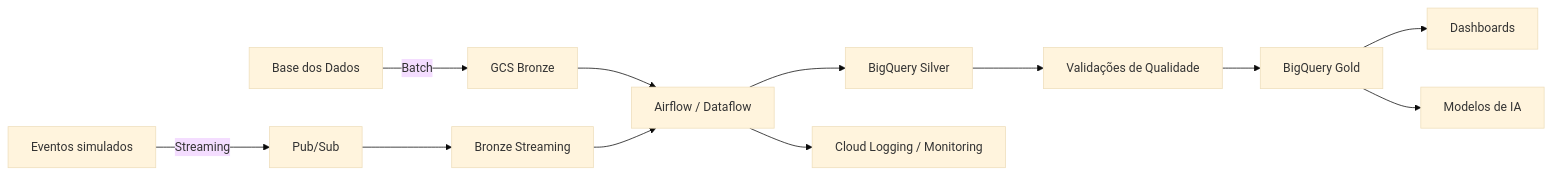
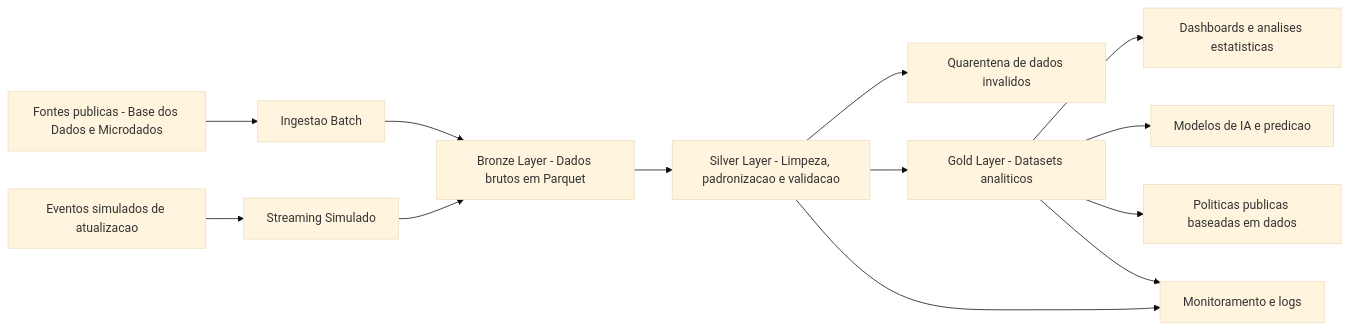
Before and after one commit to EdsonDoro/TechChallenge-Fase2: the diagram in README.md, drawn with Mermaid (base theme). The commit also changed other lines of this file, not shown here.

````diff
--- a/README.md
+++ b/README.md
@@ -30,14 +86,19 @@
 ```mermaid
 flowchart LR
-A[Base dos Dados] -->|Batch| B[GCS Bronze]
-C[Eventos simulados] -->|Streaming| D[Pub/Sub]
-D --> E[Bronze Streaming]
-B --> F[Airflow / Dataflow]
-E --> F
-F --> G[BigQuery Silver]
-G --> H[Validações de Qualidade]
-H --> I[BigQuery Gold]
-I --> J[Dashboards]
-I --> K[Modelos de IA]
-F --> L[Cloud Logging / Monitoring]
+    A[Fontes publicas - Base dos Dados e Microdados] --> B[Ingestao Batch]
+    B --> C[Bronze Layer - Dados brutos em Parquet]
+
+    D[Eventos simulados de atualizacao] --> E[Streaming Simulado]
+    E --> C
+
+    C --> F[Silver Layer - Limpeza, padronizacao e validacao]
+    F --> G[Quarentena de dados invalidos]
+    F --> H[Gold Layer - Datasets analiticos]
+
+    H --> I[Dashboards e analises estatisticas]
+    H --> J[Modelos de IA e predicao]
+    H --> K[Politicas publicas baseadas em dados]
+
+    F --> L[Monitoramento e logs]
+    H --> L
 ```
````
